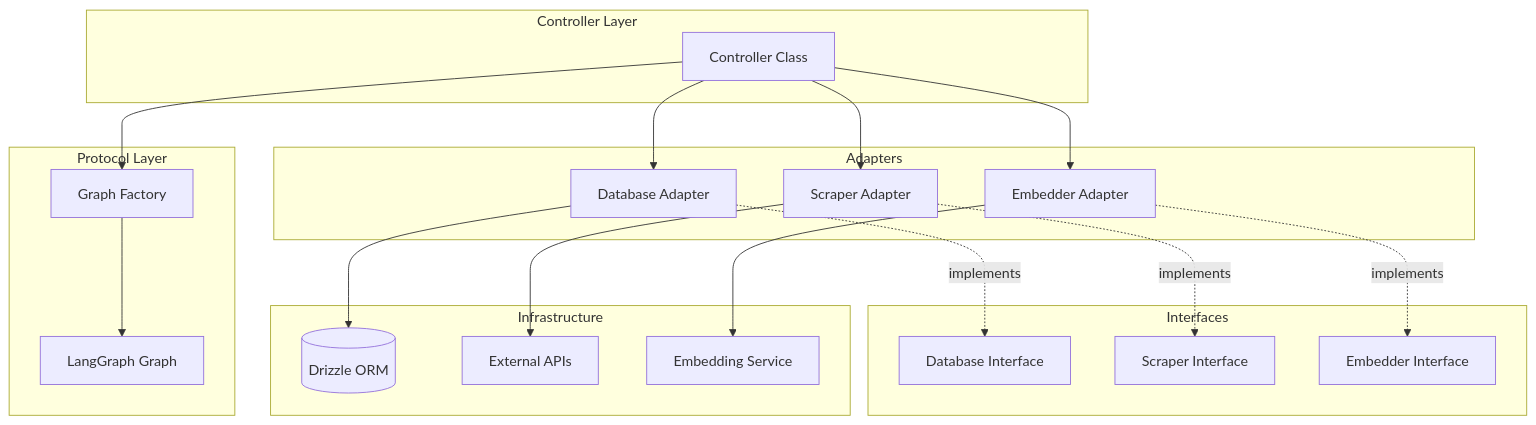
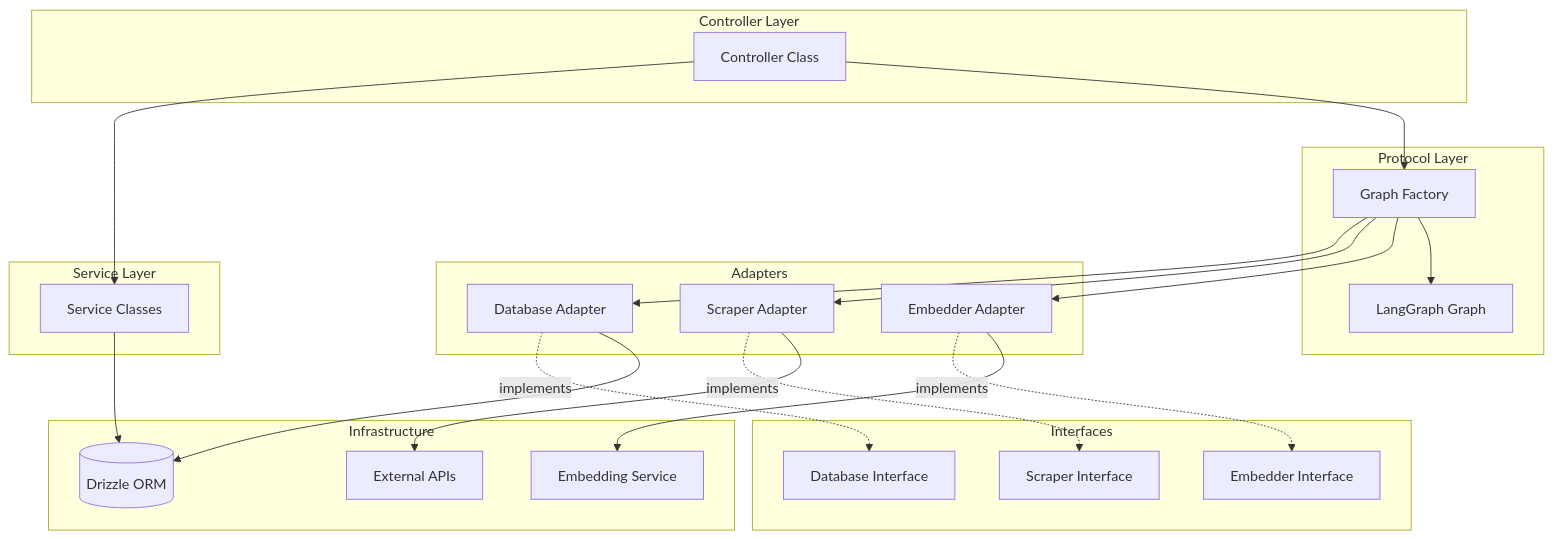
One commit to yanekyuk/index changed the diagram in protocol/src/controllers/controller.template.md. Above: the diagram before and after it, drawn with Mermaid. The commit also changed other lines of this file and 27 other files, not shown here.

First line of the commit message:
refactor(protocol): implement clean architecture with service layer

````diff
--- a/protocol/src/controllers/controller.template.md
+++ b/protocol/src/controllers/controller.template.md
@@ -21,44 +21,50 @@
 ```mermaid
 graph TB
     subgraph Controller Layer
         C[Controller Class]
+    end
+    
+    subgraph Service Layer
+        S[Service Classes]
     end
     
     subgraph Adapters
         DA[Database Adapter]
         SA[Scraper Adapter]
         EA[Embedder Adapter]
     end
     
     subgraph Interfaces
         DI[Database Interface]
         SI[Scraper Interface]
         EI[Embedder Interface]
     end
     
     subgraph Infrastructure
         DB[(Drizzle ORM)]
         API[External APIs]
         EMB[Embedding Service]
     end
     
     subgraph Protocol Layer
         GF[Graph Factory]
         G[LangGraph Graph]
     end
     
-    C --> DA
-    C --> SA
-    C --> EA
+    C --> S
     C --> GF
+    S --> DB
+    GF --> DA
+    GF --> SA
+    GF --> EA
     
     DA -.implements.-> DI
     SA -.implements.-> SI
     EA -.implements.-> EI
     
     DA --> DB
     SA --> API
     EA --> EMB
     
     GF --> G
 ```
````
